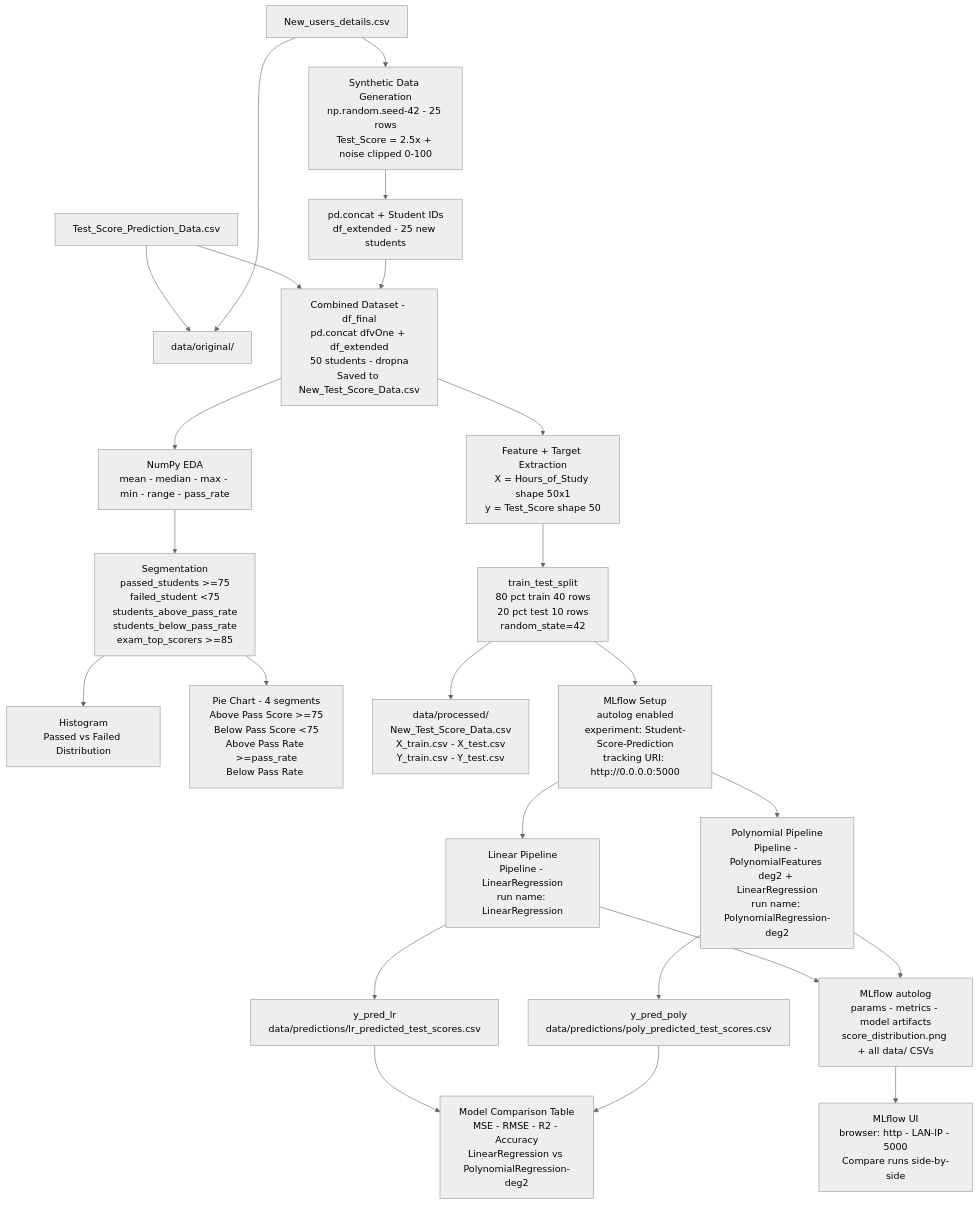
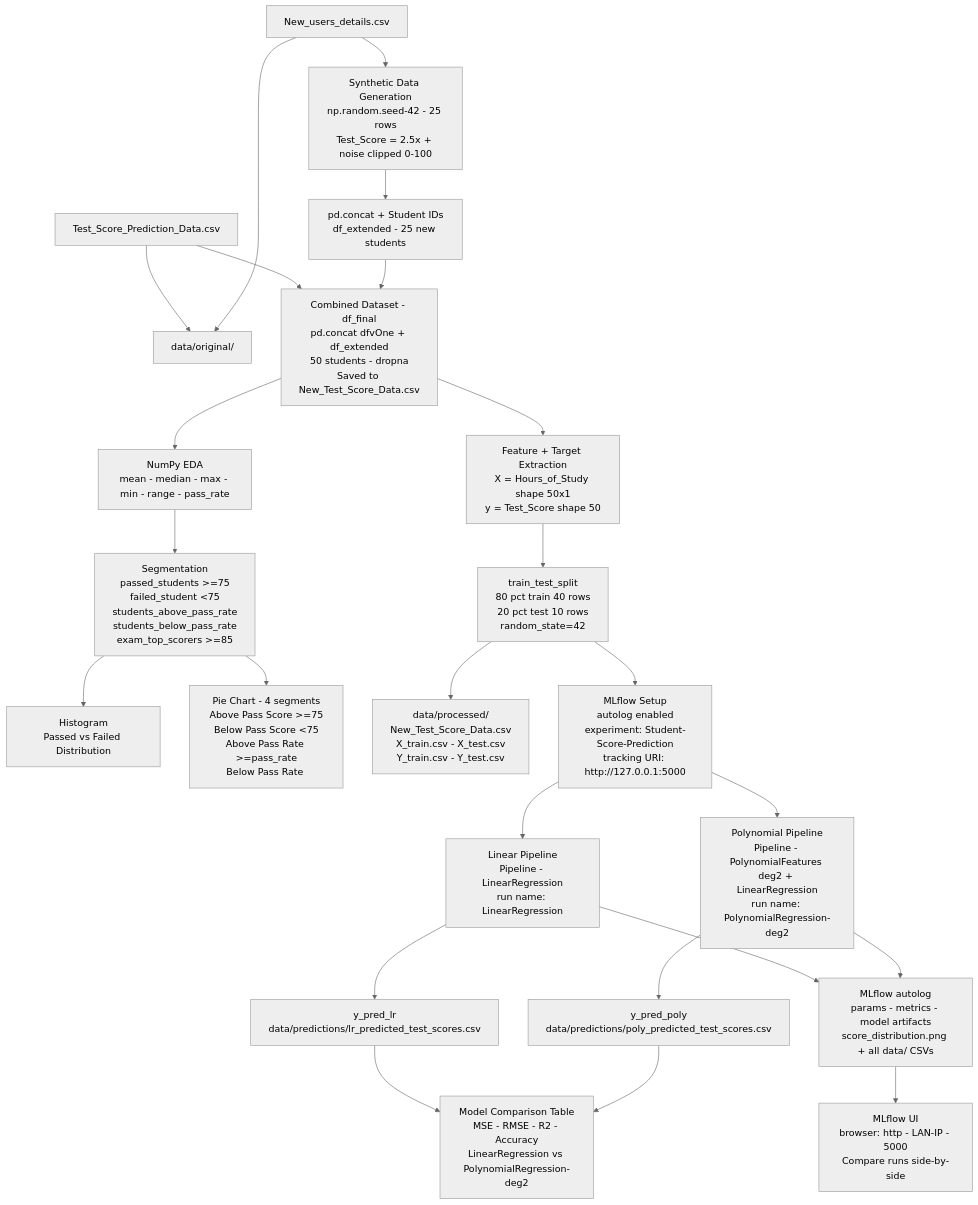
The diagram in architecture-diagram-v2.md (Shotza247/Simple-LR-Student-OutcomesV1), drawn with Mermaid (neutral theme) before and after one commit. The commit also changed other lines of this file, not shown here.

Commit message:
docs(polynomial_pipeline): update mlflow tracking URI from 0.0.0.0 to 127.0.0.1, however only "sqlite:///mlflow.db" works. Added in the updated architecture diagram.

````diff
--- a/architecture-diagram-v2.md
+++ b/architecture-diagram-v2.md
@@ -3,36 +3,36 @@
 ```mermaid
 flowchart TD
     A[Test_Score_Prediction_Data.csv] --> ORIG[data/original/]
     B[New_users_details.csv] --> ORIG
 
     A --> C
     B --> D[Synthetic Data Generation\nnp.random.seed-42 - 25 rows\nTest_Score = 2.5x + noise clipped 0-100]
     D --> E[pd.concat + Student IDs\ndf_extended - 25 new students]
     E --> C[Combined Dataset - df_final\npd.concat dfvOne + df_extended\n50 students - dropna\nSaved to New_Test_Score_Data.csv]
 
     C --> F[NumPy EDA\nmean - median - max - min - range - pass_rate]
     F --> G[Segmentation\npassed_students >=75\nfailed_student <75\nstudents_above_pass_rate\nstudents_below_pass_rate\nexam_top_scorers >=85]
     G --> H[Histogram\nPassed vs Failed Distribution]
     G --> PIE[Pie Chart - 4 segments\nAbove Pass Score >=75\nBelow Pass Score <75\nAbove Pass Rate >=pass_rate\nBelow Pass Rate <pass_rate\nSaved to data/processed/score_distribution.png]
 
     C --> I[Feature + Target Extraction\nX = Hours_of_Study shape 50x1\ny = Test_Score shape 50]
     I --> J[train_test_split\n80 pct train 40 rows\n20 pct test 10 rows\nrandom_state=42]
 
     J --> CSVEXP[data/processed/\nNew_Test_Score_Data.csv\nX_train.csv - X_test.csv\nY_train.csv - Y_test.csv]
 
-    J --> MLSETUP[MLflow Setup\nautolog enabled\nexperiment: Student-Score-Prediction\ntracking URI: http://0.0.0.0:5000]
+    J --> MLSETUP[MLflow Setup\nautolog enabled\nexperiment: Student-Score-Prediction\ntracking URI: http://127.0.0.1:5000]
 
     MLSETUP --> LR[Linear Pipeline\nPipeline - LinearRegression\nrun name: LinearRegression]
     MLSETUP --> POLY[Polynomial Pipeline\nPipeline - PolynomialFeatures deg2 + LinearRegression\nrun name: PolynomialRegression-deg2]
 
     LR --> LRP[y_pred_lr\ndata/predictions/lr_predicted_test_scores.csv]
     POLY --> POLYP[y_pred_poly\ndata/predictions/poly_predicted_test_scores.csv]
 
     LRP --> EVAL[Model Comparison Table\nMSE - RMSE - R2 - Accuracy\nLinearRegression vs PolynomialRegression-deg2]
     POLYP --> EVAL
 
     LR --> MLF[MLflow autolog\nparams - metrics - model artifacts\nscore_distribution.png + all data/ CSVs]
     POLY --> MLF
 
     MLF --> UI[MLflow UI\nbrowser: http - LAN-IP - 5000\nCompare runs side-by-side]
 ```
````
